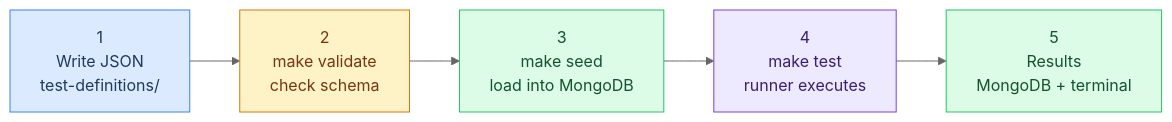
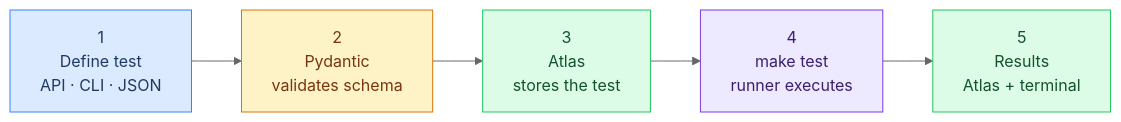
Before and after one commit to Univers42/QA: the first of 2 diagrams in docs/how-to-add-a-test.md, drawn with Mermaid (neutral theme). The commit also changed other lines of this file and 2 other files, not shown here.

Commit message:
doc(tests): updated documentation on how adding tests will work in the future, as well as the blueprint for the json files

````diff
--- a/docs/how-to-add-a-test.md
+++ b/docs/how-to-add-a-test.md
@@ -11,13 +11,13 @@
 ```mermaid
 flowchart LR
-    A["1<br/>Write JSON<br/>test-definitions/"] --> B["2<br/>make validate<br/>check schema"]
-    B --> C["3<br/>make seed<br/>load into MongoDB"]
+    A["1<br/>Define test<br/>API · CLI · JSON"] --> B["2<br/>Pydantic<br/>validates schema"]
+    B --> C["3<br/>Atlas<br/>stores the test"]
     C --> D["4<br/>make test<br/>runner executes"]
-    D --> E["5<br/>Results<br/>MongoDB + terminal"]
+    D --> E["5<br/>Results<br/>Atlas + terminal"]
 
     style A fill:#dbeafe,stroke:#3b82f6,color:#1e3a5f
     style B fill:#fef3c7,stroke:#d97706,color:#78350f
     style C fill:#dcfce7,stroke:#22c55e,color:#14532d
     style D fill:#ede9fe,stroke:#7c3aed,color:#3b1f6e
     style E fill:#dcfce7,stroke:#22c55e,color:#14532d
 ```
````
